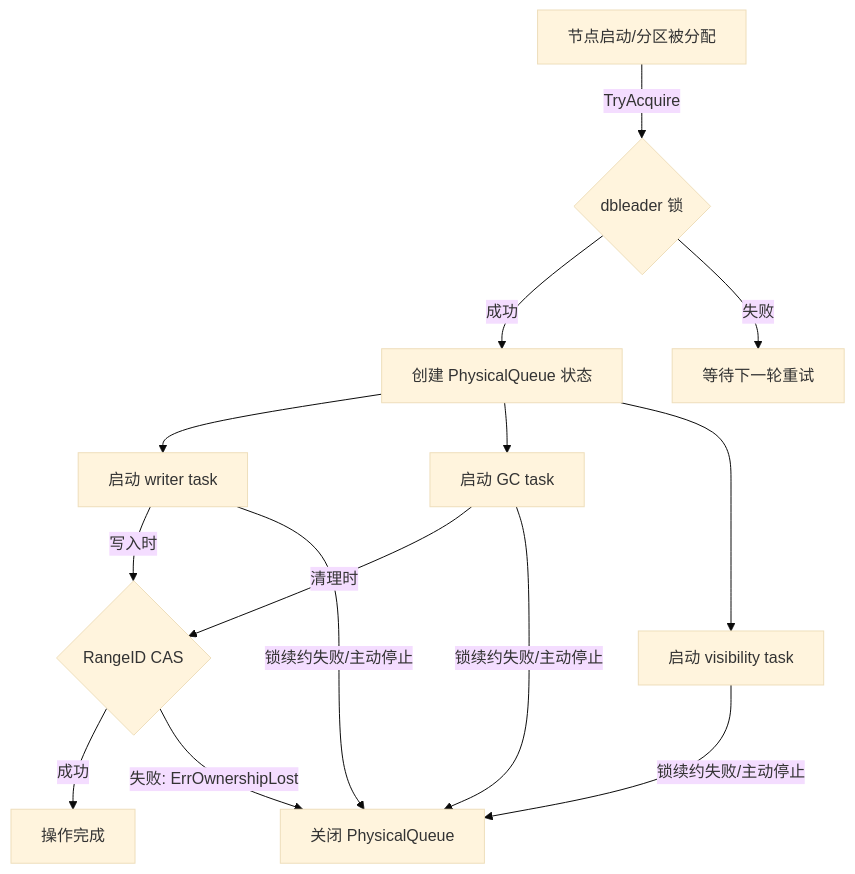
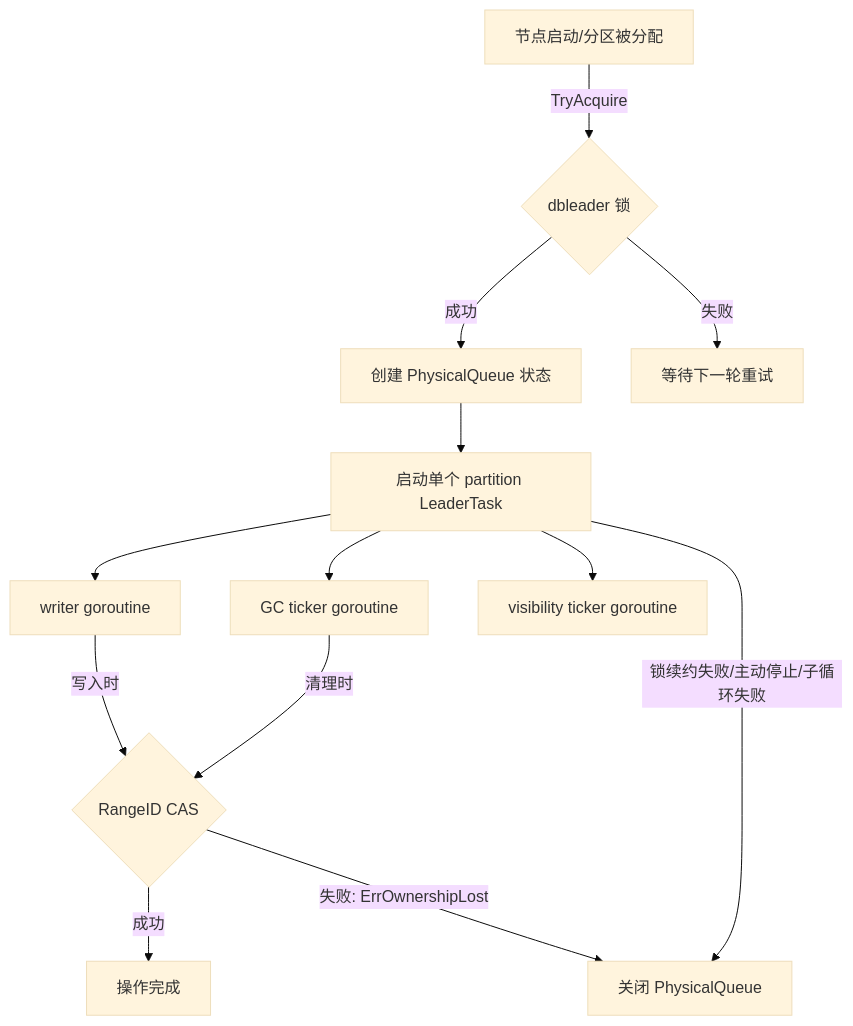
One commit to donutnomad/taskq changed the third of 9 diagrams in README.md. Above: the diagram before and after it, drawn with Mermaid (base theme). The commit also changed other lines of this file and 59 other files, not shown here.

````diff
--- a/README.md
+++ b/README.md
@@ -128,16 +131,15 @@
 ```mermaid
 graph TD
     A[节点启动/分区被分配] -->|TryAcquire| B{dbleader 锁}
     B -->|成功| C[创建 PhysicalQueue 状态]
-    C --> D[启动 writer task]
-    C --> E[启动 GC task]
-    C --> F[启动 visibility task]
-    B -->|失败| G[等待下一轮重试]
-    D -->|写入时| H{RangeID CAS}
-    E -->|清理时| H
-    D -->|锁续约失败/主动停止| I[关闭 PhysicalQueue]
-    E -->|锁续约失败/主动停止| I
-    F -->|锁续约失败/主动停止| I
-    H -->|成功| J[操作完成]
-    H -->|失败: ErrOwnershipLost| I
+    C --> D[启动单个 partition LeaderTask]
+    D --> E[writer goroutine]
+    D --> F[GC ticker goroutine]
+    D --> G[visibility ticker goroutine]
+    B -->|失败| H[等待下一轮重试]
+    E -->|写入时| I{RangeID CAS}
+    F -->|清理时| I
+    D -->|锁续约失败/主动停止/子循环失败| J[关闭 PhysicalQueue]
+    I -->|成功| K[操作完成]
+    I -->|失败: ErrOwnershipLost| J
 ```
````
